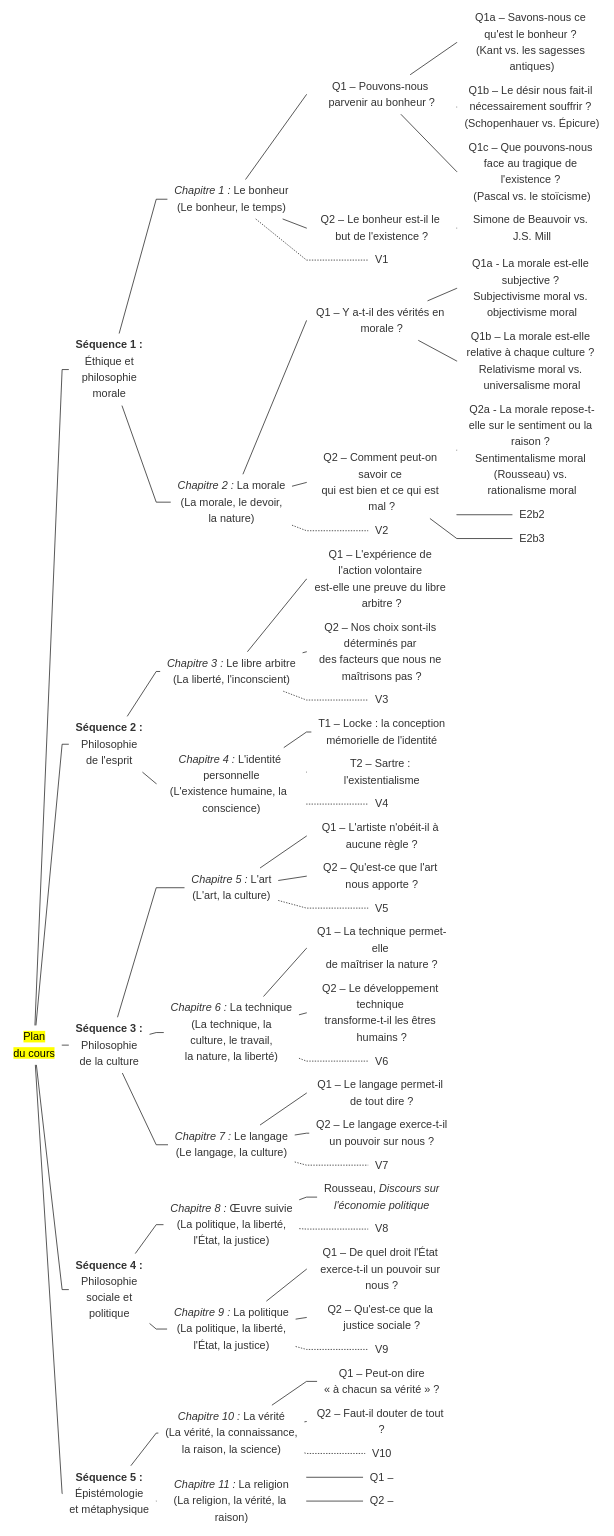
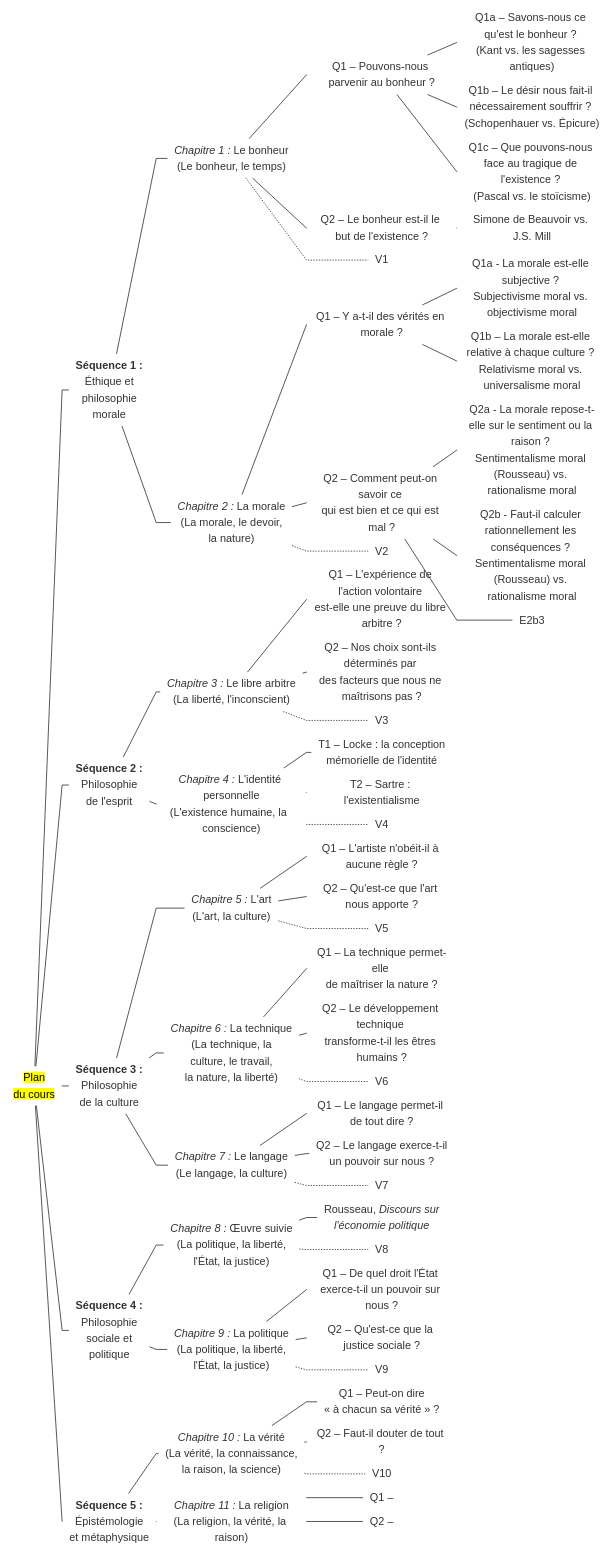
The diagram in plan-cours-2022.mmd (eyssette/tree-diagrams), drawn with Mermaid before and after one commit.

```diff
--- a/plan-cours-2022.mmd
+++ b/plan-cours-2022.mmd
@@ -1,96 +1,97 @@
-%%{init{"theme":"base","themeCSS":"* {line-height:1.25em!important; font-size:12px; text-align:left!important; } span span{color:#666; font-size:0.9em;}  g[id*=\"A\"] * {font-size:1.01em;}  g[id*=\"V\"] * {color:transparent} .edge-thickness-normal{stroke-width:1px; stroke:#999;} .edge-thickness-thick{stroke-width:1px!important} .edge-pattern-dotted{stroke:transparent} mark {background-color:grey; color:white; display:block; text-align:center!important; padding:5px 10px; border-radius:15px}","themeVariables":{"secondaryColor":"transparent","primaryColor":"transparent","primaryBorderColor":"transparent"},"flowchart":{"htmlLabels":true,"padding":5,"rankSpacing":1,"nodeSpacing":1,"curve":"linear"}} }%%
+%%{init{"theme":"base","themeCSS":"* {line-height:1.25em!important; font-size:12px; text-align:left!important; } span span{color:#666; font-size:0.9em;}  g[id*=\"A\"] * {font-size:1.01em;}  g[id*=\"V\"] * {color:transparent} .edge-thickness-normal{stroke-width:1px; stroke:#999;} .edge-thickness-thick{stroke-width:1px!important} .edge-pattern-dotted{stroke:transparent} mark {background-color:grey; color:white; display:block; text-align:center!important; padding:5px 10px; border-radius:15px} ","themeVariables":{"secondaryColor":"transparent","primaryColor":"transparent","primaryBorderColor":"transparent"},"flowchart":{"htmlLabels":true,"padding":5,"rankSpacing":1,"nodeSpacing":1,"curve":"linear"}} }%%
 flowchart LR
 
 A[<mark>Plan <br>du cours</mark>]
 
 B1[<b>Séquence 1 :</b></b><br> Éthique et <br> philosophie<br>  morale]
 B2[<b>Séquence 2 :</b><br> Philosophie <br> de l'esprit]
 B3[<b>Séquence 3 :</b><br> Philosophie<br> de la culture]
 B4[<b>Séquence 4 :</b><br> Philosophie<br>sociale et <br>politique]
 B5[<b>Séquence 5 :</b><br>Épistémologie <br>et métaphysique]
 
 A --- B1 & B2 & B3 & B4 & B5
 
 B1 --- C1 & C2
 B2 --- C3 & C4
 B3 --- C5 & C6 & C7
 B4 --- C8 & C9
 B5 --- C10 & C11
 
 C1["<i>Chapitre 1 :</i> Le bonheur<br><span>(Le bonheur, le temps)</span>"]
 C2["<i>Chapitre 2 :</i> La morale<br><span>(La morale, le devoir,<br>la nature)</span>"]
 
 C3["<i>Chapitre 3 :</i> Le libre arbitre<br><span>(La liberté, l'inconscient)</span>"]
 C4["<i>Chapitre 4 :</i> L'identité personnelle<br><span>(L'existence humaine, la  conscience)</span>"]
 
 C5["<i>Chapitre 5 :</i> L'art<br><span>(L'art, la culture)</span>"]
 C6["<i>Chapitre 6 :</i> La technique<br><span>(La technique, la<br>culture, le travail,<br>la nature, la liberté)</span>"]
 C7["<i>Chapitre 7 :</i> Le langage<br><span>(Le langage, la culture)</span>"]
 
 C8["<i>Chapitre 8 :</i> Œuvre suivie<br><span>(La politique, la liberté,<br> l'#Eacute;tat, la justice)</span>"]
 C9["<i>Chapitre 9 :</i> La politique<br><span>(La politique, la liberté,<br> l'#Eacute;tat, la justice)</span>"]
 
 C10["<i>Chapitre 10 :</i> La vérité<br><span>(La vérité, la connaissance, <br>la raison, la science)</span>"]
 C11["<i>Chapitre 11 :</i> La religion<br><span>(La religion, la vérité, la raison)</span>"]
 
 C1 --- D1a & D1b
 C1 -.- V1
 C2 --- D2a & D2b
 C2 -.- V2
 C3 --- D3a & D3b
 C3 -.- V3
 C4 --- D4a & D4b
 C4 -.- V4
 C5 --- D5a & D5b
 C5 -.- V5
 C6 --- D6a & D6b
 C6 -.- V6
 C7 --- D7a & D7b
 C7 -.- V7
 C8 --- D8
 C8 -.- V8
 C9 --- D9a & D9b
 C9 -.- V9
 C10 --- D10a & D10b
 C10 -.- V10
 C11 --- D11a & D11b
 
 D1a["Q1 – Pouvons-nous parvenir au bonheur ?"]
 D1b["Q2 – Le bonheur est-il le but de l'existence ?"]
 D2a["Q1 – Y a-t-il des vérités en morale ?"]
 D2b["Q2 – Comment peut-on savoir ce <br>qui est bien et ce qui est mal ?"]
 D3a["Q1 – L'expérience de l'action volontaire <br>est-elle une preuve du libre arbitre ?"]
 D3b["Q2 – Nos choix sont-ils déterminés par <br>des facteurs que nous ne maîtrisons pas ?"]
 D4a["T1 – Locke : la conception <br>mémorielle de l'identité"]
 D4b["T2 – Sartre : l'existentialisme"]
 D5a["Q1 – L'artiste n'obéit-il à aucune règle ?"]
 D5b["Q2 – Qu'est-ce que l'art nous apporte ?"]
 D6a["Q1 – La technique permet-elle <br>de maîtriser la nature ?"]
 D6b["Q2 – Le développement technique <br>transforme-t-il les êtres humains ?"]
 D7a["Q1 – Le langage permet-il de tout dire ?"]
 D7b["Q2 – Le langage exerce-t-il<br> un pouvoir sur nous ?"]
 D8["Rousseau, <i>Discours sur <br>l'économie politique</i>"]
 D9a["Q1 – De quel droit l'État <br>exerce-t-il un pouvoir sur nous ?"]
 D9b["Q2 – Qu'est-ce que la justice sociale ?"]
 D10a["Q1 – Peut-on dire <br>« à chacun sa vérité » ?"]
 D10b["Q2 – Faut-il douter de tout ?"]
 D11a["Q1 – "]
 D11b["Q2 – "]
 
 
 D1a --- E1a1 & E1a2 & E1a3
 D1b --- E1b1
 
 E1a1["Q1a – Savons-nous ce qu'est le bonheur ? <br><span>(Kant vs. les sagesses antiques)</span>"]
 E1a2["Q1b – Le désir nous fait-il nécessairement souffrir ? <br><span>(Schopenhauer vs. Épicure)</span>"]
 E1a3["Q1c – Que pouvons-nous face au tragique de l'existence ? <br><span>(Pascal vs. le stoïcisme)</span>"]
 
 E1b1["<span>Simone de Beauvoir vs. J.S. Mill</span>"]
 
 D2a --- E2a1 & E2a2
 D2b --- E2b1 & E2b2 & E2b3
 
 E2a1["Q1a - La morale est-elle subjective ? <br><span>Subjectivisme moral vs. objectivisme moral</span>"]
 E2a2["Q1b – La morale est-elle relative à chaque culture ? <br><span>Relativisme moral vs. universalisme moral</span>"]
 
 E2b1["Q2a - La morale repose-t-elle sur le sentiment ou la raison ? <br><span>Sentimentalisme moral (Rousseau) vs. rationalisme moral</span>"]
+E2b2["Q2b - Faut-il calculer rationnellement les conséquences ? <br><span>Sentimentalisme moral (Rousseau) vs. rationalisme moral</span>"]
```
